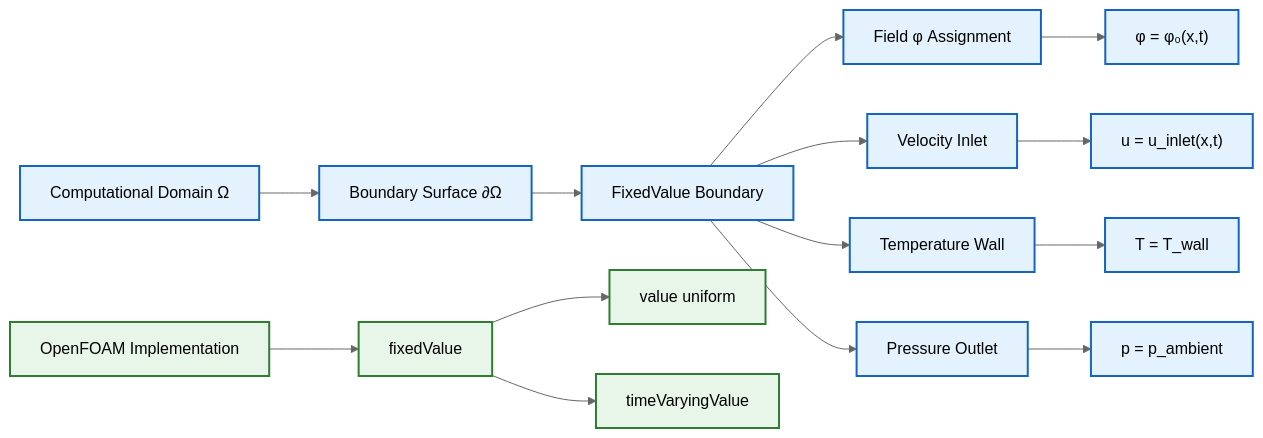
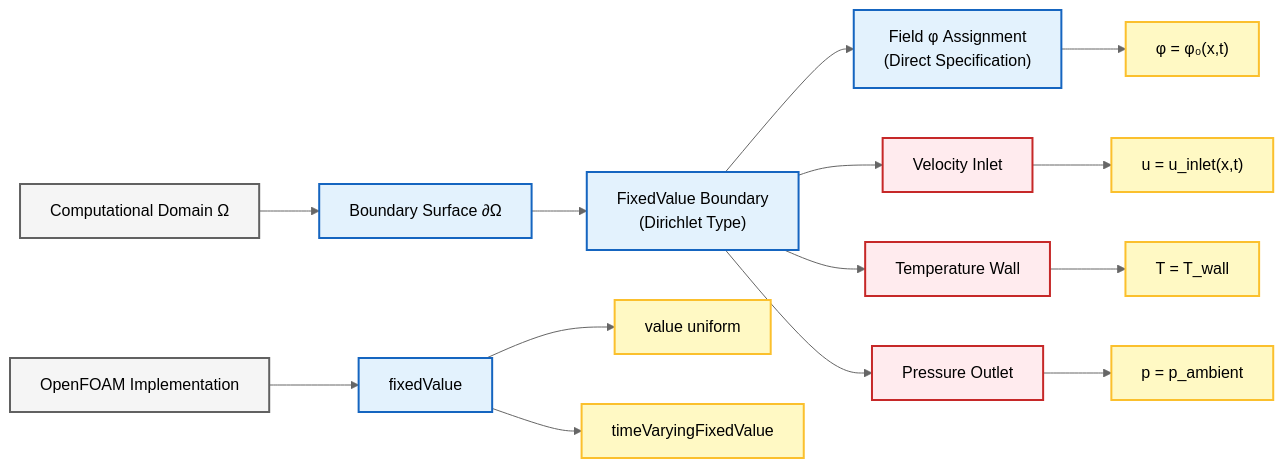
The second of 5 diagrams in MODULE_01_CFD_FUNDAMENTALS/CONTENT/03_BOUNDARY_CONDITIONS/04_Mathematical_Formulation.md (wramet/build-my-cfd), drawn with Mermaid (neutral theme) before and after one commit. The commit also changed other lines of this file and 313 other files, not shown here.

Commit message:
Revise all diagram

````diff
--- a/MODULE_01_CFD_FUNDAMENTALS/CONTENT/03_BOUNDARY_CONDITIONS/04_Mathematical_Formulation.md
+++ b/MODULE_01_CFD_FUNDAMENTALS/CONTENT/03_BOUNDARY_CONDITIONS/04_Mathematical_Formulation.md
@@ -118,25 +107,25 @@
 ```mermaid
 graph LR
-    A["Computational Domain Ω"] --> B["Boundary Surface ∂Ω"]
-    B --> C["FixedValue Boundary"]
-    C --> D["Field φ Assignment"]
-    D --> E["φ = φ₀(x,t)"]
+A["Computational Domain Ω"]:::context --> B["Boundary Surface ∂Ω"]:::implicit
+B --> C["FixedValue Boundary<br/>(Dirichlet Type)"]:::implicit
+C --> D["Field φ Assignment<br/>(Direct Specification)"]:::implicit
+D --> E["φ = φ₀(x,t)"]:::explicit
 
-    F["Velocity Inlet"] --> G["u = u_inlet(x,t)"]
-    H["Temperature Wall"] --> I["T = T_wall"]
-    J["Pressure Outlet"] --> K["p = p_ambient"]
+C --> F["Velocity Inlet"]:::volatile
+F --> G["u = u_inlet(x,t)"]:::explicit
 
-    C --> F
-    C --> H
-    C --> J
+C --> H["Temperature Wall"]:::volatile
+H --> I["T = T_wall"]:::explicit
 
-    L["OpenFOAM Implementation"] --> M["fixedValue"]
-    M --> N["value uniform <constant>"]
-    M --> O["timeVaryingValue <function>"]
+C --> J["Pressure Outlet"]:::volatile
+J --> K["p = p_ambient"]:::explicit
 
-    classDef process fill:#e3f2fd,stroke:#1565c0,stroke-width:2px,color:#000;
-    classDef storage fill:#e8f5e9,stroke:#2e7d32,stroke-width:2px,color:#000;
+L["OpenFOAM Implementation"]:::context --> M["fixedValue"]:::implicit
+M --> N["value uniform <constant>"]:::explicit
+M --> O["timeVaryingFixedValue <function>"]:::explicit
 
-    class A,B,C,D,E,F,G,H,I,J,K process;
-    class L,M,N,O storage;
+classDef context fill:#f5f5f5,stroke:#616161,stroke-width:2px,color:#000;
+classDef implicit fill:#e3f2fd,stroke:#1565c0,stroke-width:2px,color:#000;
+classDef explicit fill:#fff9c4,stroke:#fbc02d,stroke-width:2px,color:#000;
+classDef volatile fill:#ffebee,stroke:#c62828,stroke-width:2px,color:#000;
 ```
````
